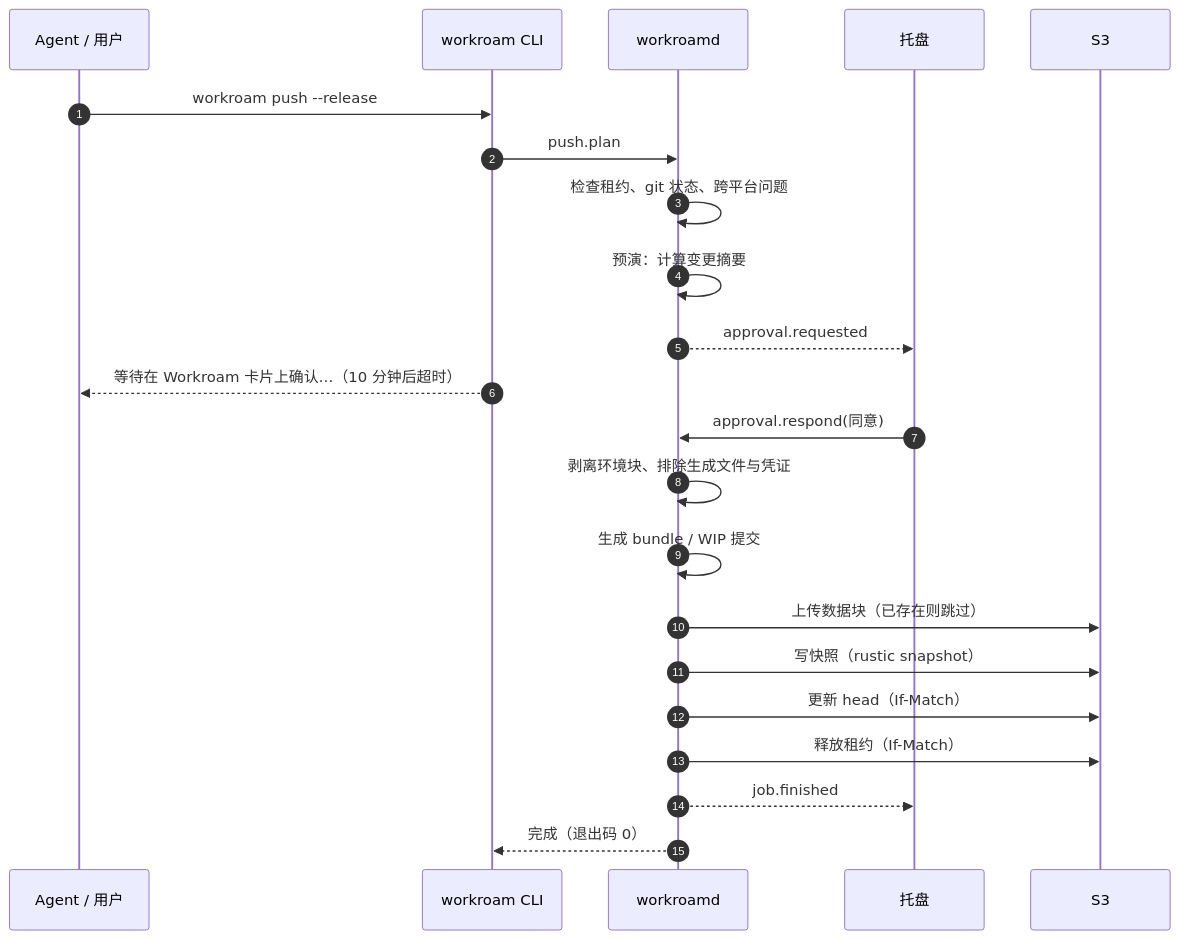
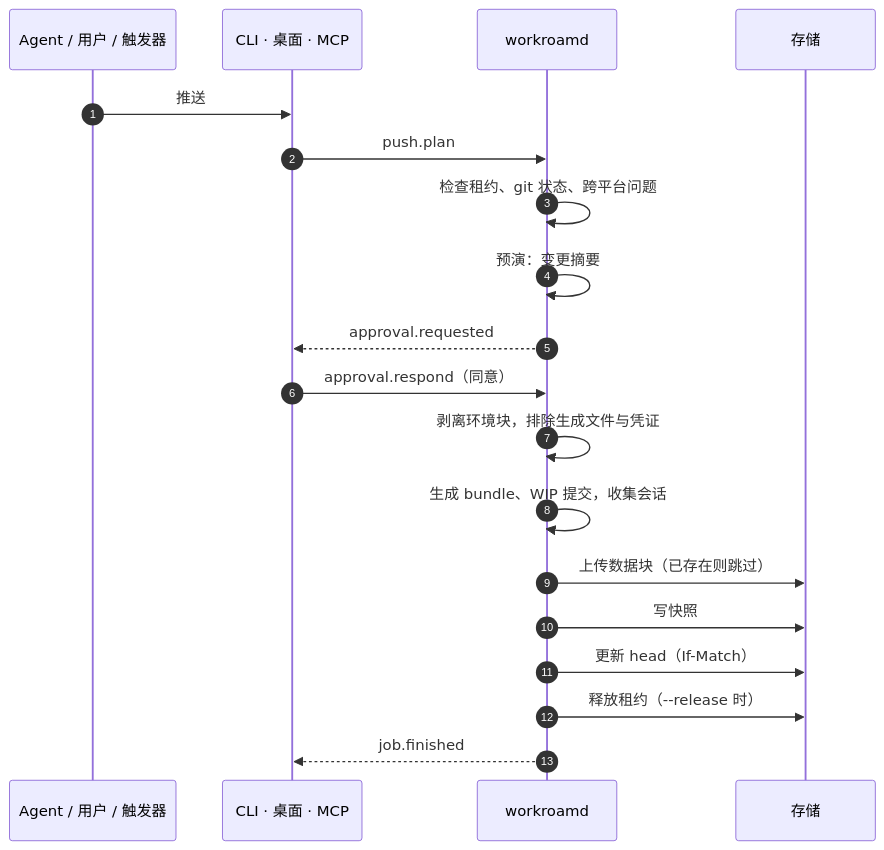
One commit to kverona-ai/workroam changed the sixth of 10 diagrams in docs/architecture.md. Above: the diagram before and after it, drawn with Mermaid. The commit also changed other lines of this file and 15 other files, not shown here.

First line of the commit message:
docs: first complete PRD and architecture targeting v0.3

````diff
--- a/docs/architecture.md
+++ b/docs/architecture.md
@@ -350,24 +507,21 @@
 ```mermaid
 sequenceDiagram
     autonumber
-    participant A as Agent / 用户
-    participant C as workroam CLI
+    participant A as Agent / 用户 / 触发器
+    participant C as CLI · 桌面 · MCP
     participant D as workroamd
-    participant T as 托盘
-    participant S as S3
-    A->>C: workroam push --release
+    participant S as 存储
+    A->>C: 推送
     C->>D: push.plan
     D->>D: 检查租约、git 状态、跨平台问题
-    D->>D: 预演：计算变更摘要
-    D-->>T: approval.requested
-    C-->>A: 等待在 Workroam 卡片上确认…（10 分钟后超时）
-    T->>D: approval.respond(同意)
-    D->>D: 剥离环境块、排除生成文件与凭证
-    D->>D: 生成 bundle / WIP 提交
+    D->>D: 预演：变更摘要
+    D-->>C: approval.requested
+    C->>D: approval.respond（同意）
+    D->>D: 剥离环境块，排除生成文件与凭证
+    D->>D: 生成 bundle、WIP 提交，收集会话
     D->>S: 上传数据块（已存在则跳过）
-    D->>S: 写快照（rustic snapshot）
+    D->>S: 写快照
     D->>S: 更新 head（If-Match）
-    D->>S: 释放租约（If-Match）
-    D-->>T: job.finished
-    D-->>C: 完成（退出码 0）
+    D->>S: 释放租约（--release 时）
+    D-->>C: job.finished
 ```
````
